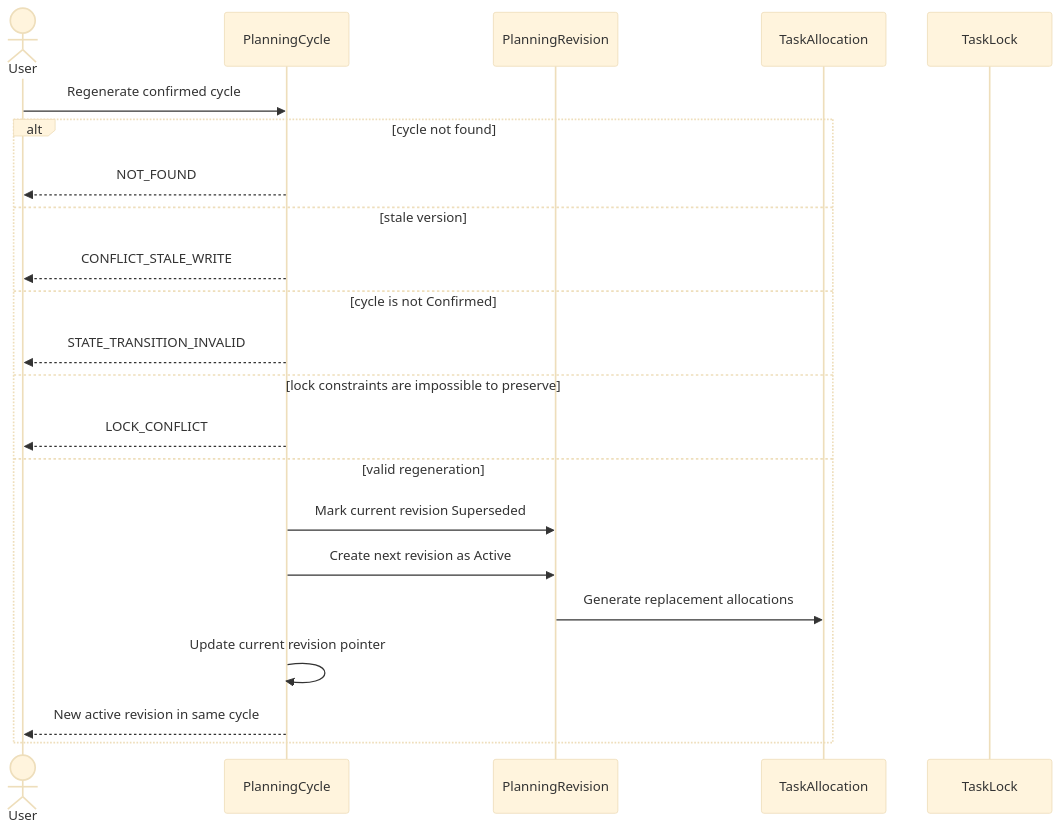
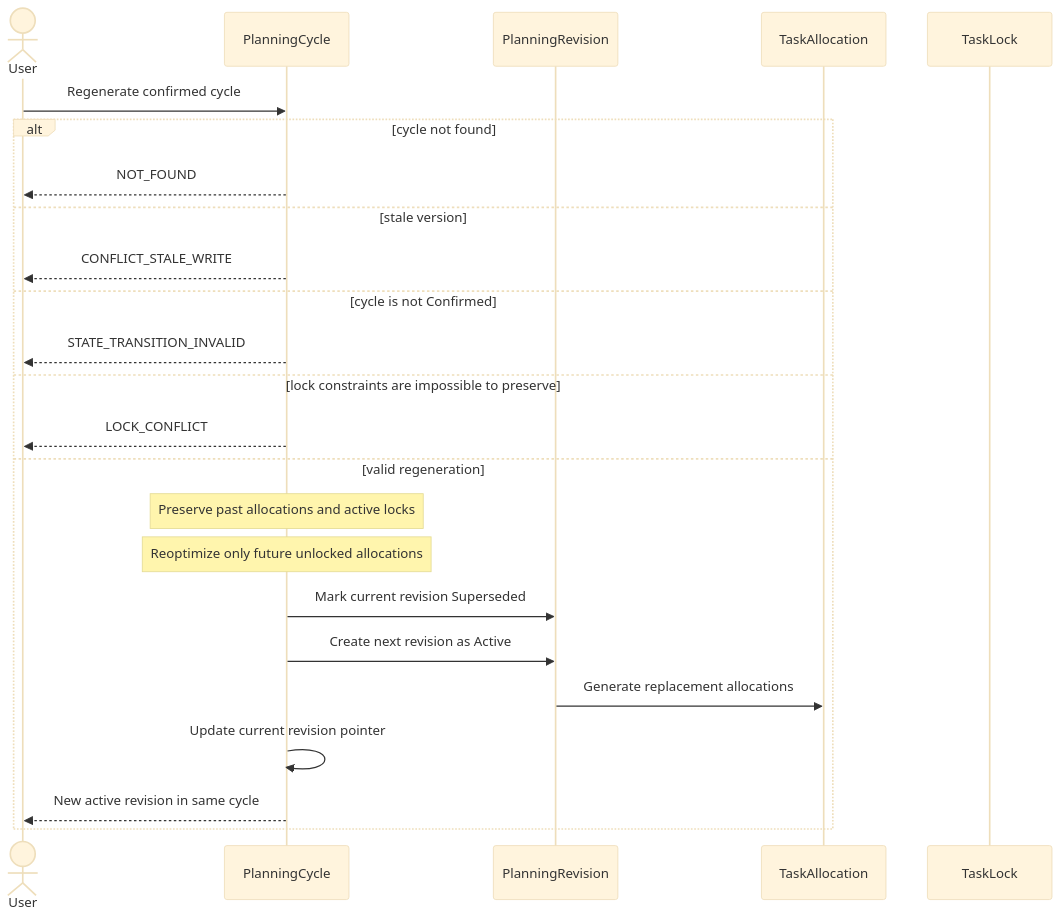
The eighth of 11 diagrams in architecture/sequence-diagrams/04-availability-planning.md (ChidiRnweke/margin), drawn with Mermaid (base theme) before and after one commit. The commit also changed other lines of this file and 6 other files, not shown here.

Commit message:
feat: enhance domain model and planning sequences with deterministic scheduling and new recurrence rules

````diff
--- a/architecture/sequence-diagrams/04-availability-planning.md
+++ b/architecture/sequence-diagrams/04-availability-planning.md
@@ -165,24 +168,26 @@
 ```mermaid
 sequenceDiagram
     actor U as User
     participant C as PlanningCycle
     participant R as PlanningRevision
     participant A as TaskAllocation
     participant L as TaskLock
     U->>C: Regenerate confirmed cycle
     alt cycle not found
         C-->>U: NOT_FOUND
     else stale version
         C-->>U: CONFLICT_STALE_WRITE
     else cycle is not Confirmed
         C-->>U: STATE_TRANSITION_INVALID
     else lock constraints are impossible to preserve
         C-->>U: LOCK_CONFLICT
     else valid regeneration
+        Note over C: Preserve past allocations and active locks
+        Note over C: Reoptimize only future unlocked allocations
         C->>R: Mark current revision Superseded
         C->>R: Create next revision as Active
         R->>A: Generate replacement allocations
         C->>C: Update current revision pointer
         C-->>U: New active revision in same cycle
     end
 ```
````
